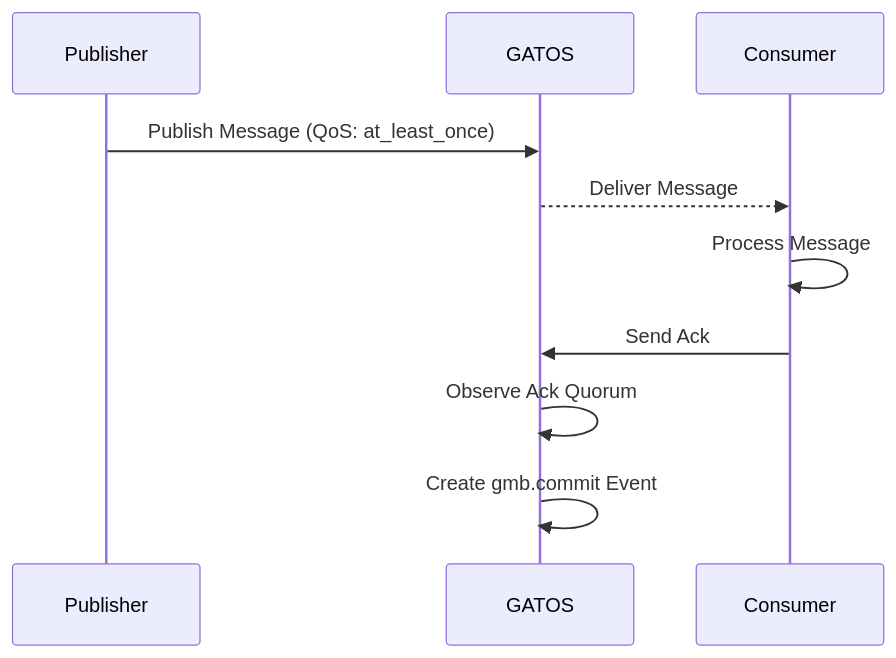
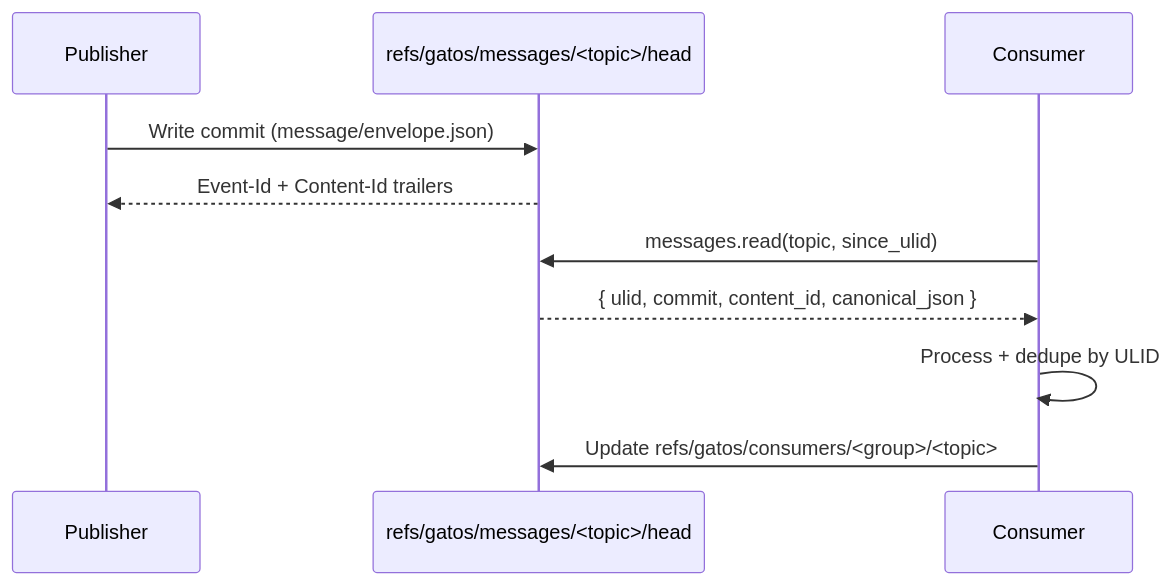
One commit to flyingrobots/gatos changed the ninth of 21 diagrams in docs/SPEC.md. Above: the diagram before and after it, drawn with Mermaid. The commit also changed other lines of this file and 14 other files, not shown here.

````diff
--- a/docs/SPEC.md
+++ b/docs/SPEC.md
@@ -759,13 +759,13 @@
 ```mermaid
 sequenceDiagram
     participant Publisher
-    participant GATOS
+    participant Topic as refs/gatos/messages/<topic>/head
     participant Consumer
 
-    Publisher->>GATOS: Publish Message (QoS: at_least_once)
-    GATOS-->>Consumer: Deliver Message
-    Consumer->>Consumer: Process Message
-    Consumer->>GATOS: Send Ack
-    GATOS->>GATOS: Observe Ack Quorum
-    GATOS->>GATOS: Create gmb.commit Event
+    Publisher->>Topic: Write commit (message/envelope.json)
+    Topic-->>Publisher: Event-Id + Content-Id trailers
+    Consumer->>Topic: messages.read(topic, since_ulid)
+    Topic-->>Consumer: { ulid, commit, content_id, canonical_json }
+    Consumer->>Consumer: Process + dedupe by ULID
+    Consumer->>Topic: Update refs/gatos/consumers/<group>/<topic>
 ```
````
